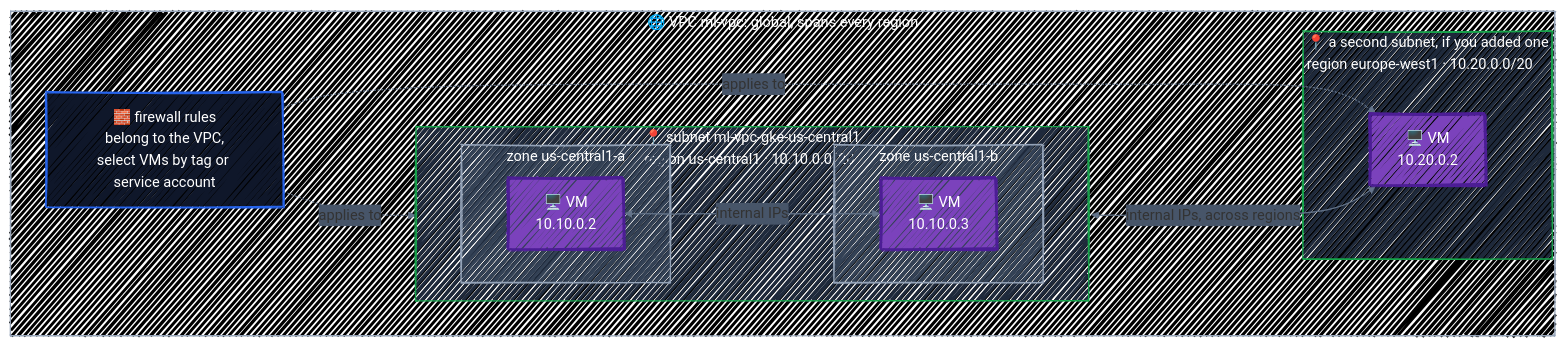
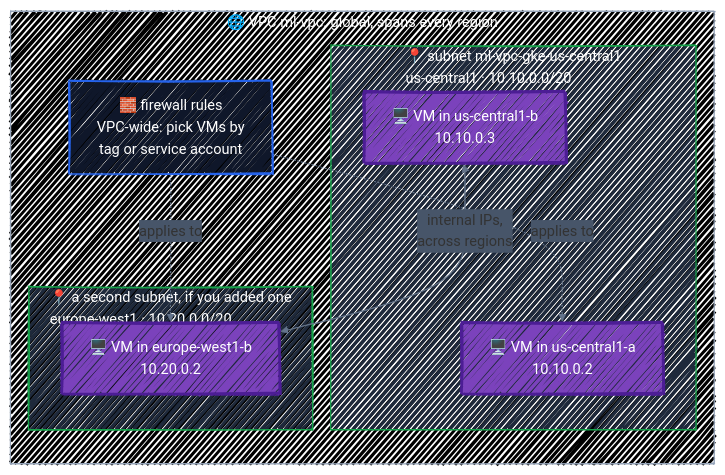
One commit to r97221004/terraform-tutorial changed the second of 5 diagrams in docs/gcp-services/networking.md. Above: the diagram before and after it, drawn with Mermaid.

Commit message:
docs: lay out the Networking layers diagram left to right
AS IS: the VPC/subnet/VM diagram rendered as a tall column. Its links
cross subgraph boundaries (firewall to VMs, VM to VM across regions),
so mermaid ignored the subgraphs' direction LR and stacked everything
top to bottom, with the zone subgraphs adding another level of height.

TO BE: the diagram is a left-to-right flowchart, zones are part of each
VM's label instead of nested subgraphs, and only the cross-region VM
link remains, so it reads as three columns: firewall rules, the
us-central1 subnet, and the europe-west1 subnet.

TASK # N/A

````diff
--- a/docs/gcp-services/networking.md
+++ b/docs/gcp-services/networking.md
@@ -73,47 +73,38 @@
 ```mermaid
 ---
 config:
   look: handDrawn
   theme: default
   themeVariables:
     fontFamily: '"Comic Sans MS", "Comic Sans", "Segoe Print", "Bradley Hand", cursive'
     lineColor: '#64748B'
     edgeLabelBackground: '#475569'
   themeCSS: |
     .edgeLabel, .edgeLabel p, .edgeLabel span { color: #FFFFFF !important; }
 ---
-flowchart TB
+flowchart LR
     subgraph vpc["🌐 VPC ml-vpc: global, spans every region"]
-        direction LR
-        subgraph sub1["📍 subnet ml-vpc-gke-us-central1<br/>region us-central1 · 10.10.0.0/20"]
-            direction LR
-            subgraph za["zone us-central1-a"]
-                vm1["🖥️ VM<br/>10.10.0.2"]
-            end
-            subgraph zb["zone us-central1-b"]
-                vm2["🖥️ VM<br/>10.10.0.3"]
-            end
+        fw["🧱 firewall rules<br/>VPC-wide: pick VMs by<br/>tag or service account"]
+        subgraph sub1["📍 subnet ml-vpc-gke-us-central1<br/>us-central1 · 10.10.0.0/20"]
+            vm1["🖥️ VM in us-central1-a<br/>10.10.0.2"]
+            vm2["🖥️ VM in us-central1-b<br/>10.10.0.3"]
         end
-        subgraph sub2["📍 a second subnet, if you added one<br/>region europe-west1 · 10.20.0.0/20"]
-            vm3["🖥️ VM<br/>10.20.0.2"]
+        subgraph sub2["📍 a second subnet, if you added one<br/>europe-west1 · 10.20.0.0/20"]
+            vm3["🖥️ VM in europe-west1-b<br/>10.20.0.2"]
         end
-        fw["🧱 firewall rules<br/>belong to the VPC,<br/>select VMs by tag or service account"]
     end
 
-    vm1 <-->|"internal IPs"| vm2
-    vm2 <-->|"internal IPs, across regions"| vm3
     fw -.->|"applies to"| vm1
     fw -.->|"applies to"| vm3
+    vm2 <-->|"internal IPs,<br/>across regions"| vm3
 
     classDef ctrl fill:#0F172A,stroke:#2563EB,stroke-width:2px,color:#FFFFFF
     classDef eng fill:#7B42BC,stroke:#4C1D95,stroke-width:3px,color:#FFFFFF
     classDef tgt fill:#0F172A,stroke:#16A34A,stroke-width:2px,color:#FFFFFF
     classDef bad fill:#0F172A,stroke:#DC2626,stroke-width:2px,color:#FFFFFF
     class vm1,vm2,vm3 eng
     class fw ctrl
     style vpc fill:#000000,stroke:#94A3B8,color:#FFFFFF,fillStyle:solid
     style sub1 fill:#1E293B,stroke:#16A34A,color:#FFFFFF,fillStyle:solid
     style sub2 fill:#1E293B,stroke:#16A34A,color:#FFFFFF,fillStyle:solid
-    style za fill:#334155,stroke:#94A3B8,color:#FFFFFF,fillStyle:solid
-    style zb fill:#334155,stroke:#94A3B8,color:#FFFFFF,fillStyle:solid
 ```
````
